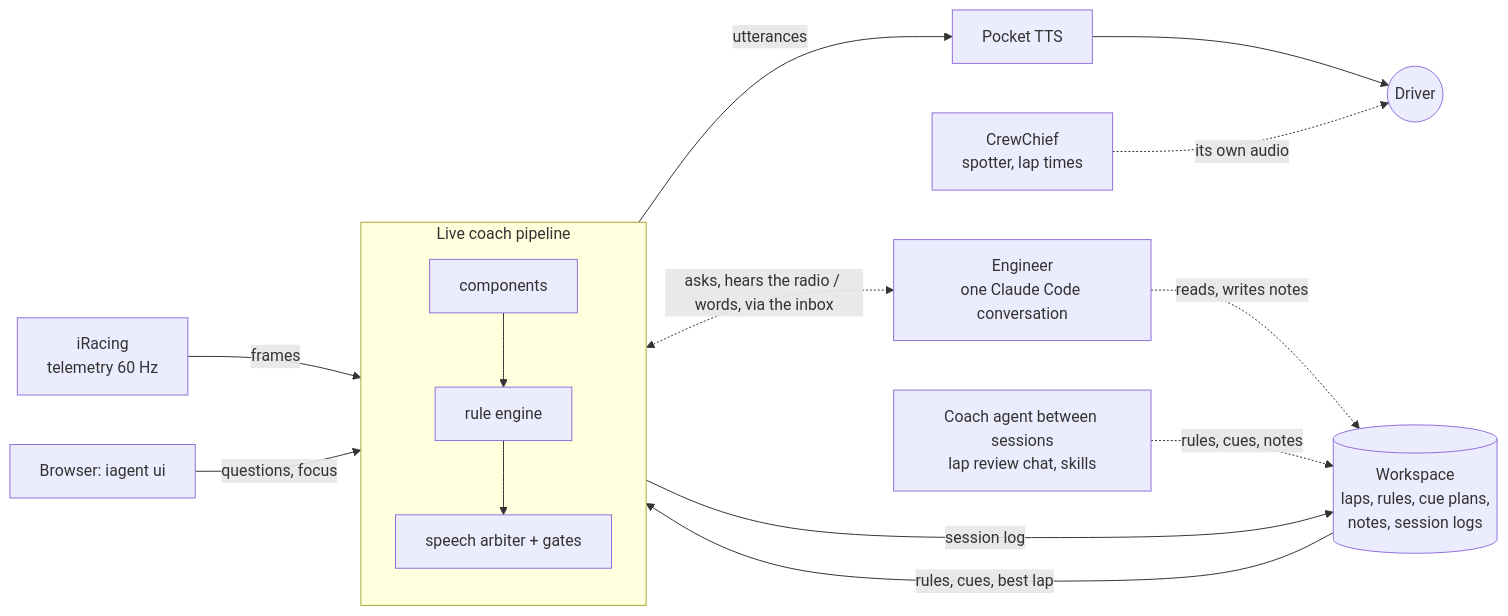
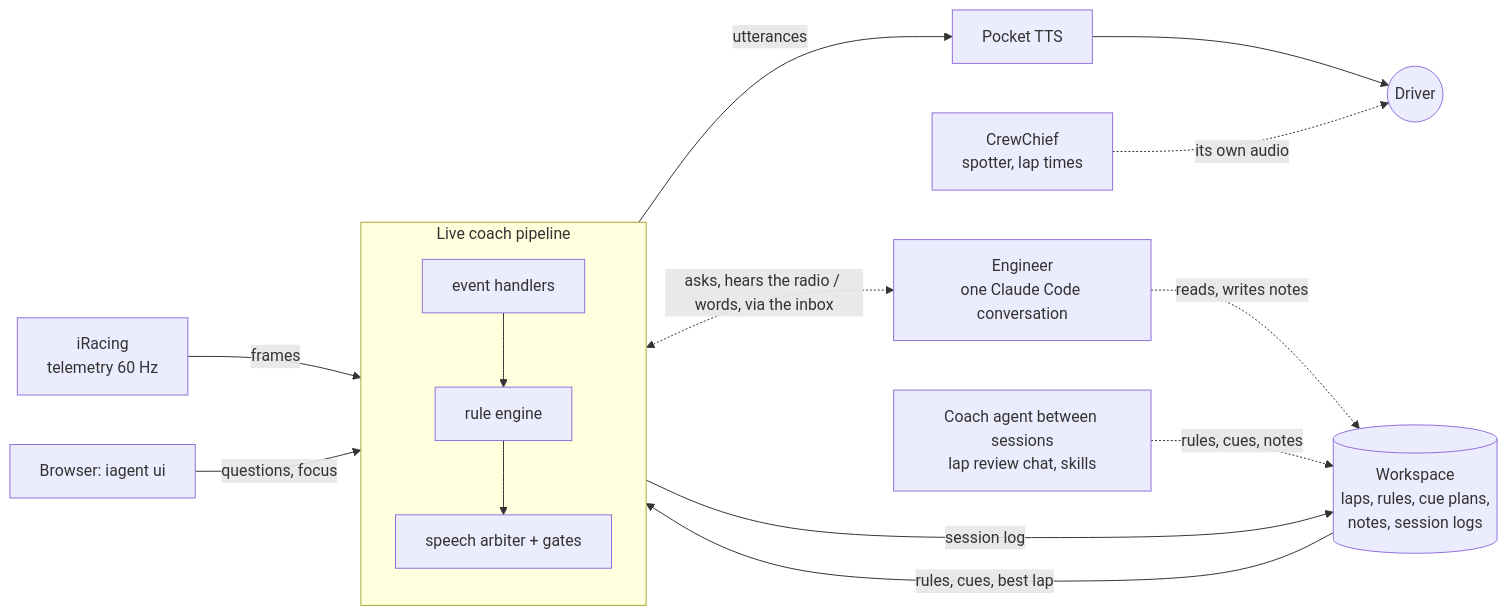
The first of 3 diagrams in ARCHITECTURE.md (VedantVarshney14/iracing-agent), drawn with Mermaid before and after one commit. The commit also changed other lines of this file and 59 other files, not shown here.

````diff
--- a/ARCHITECTURE.md
+++ b/ARCHITECTURE.md
@@ -43,16 +77,16 @@
 ```mermaid
 flowchart LR
     iracing[iRacing<br/>telemetry 60 Hz] -- frames --> pipe
     subgraph pipe [Live coach pipeline]
         direction TB
-        comps[components] --> rules[rule engine] --> arb[speech arbiter + gates]
+        comps[event handlers] --> rules[rule engine] --> arb[speech arbiter + gates]
     end
     arb -- utterances --> tts[Pocket TTS] --> driver((Driver))
     crewchief[CrewChief<br/>spotter, lap times] -. its own audio .-> driver
     pipe <-. "asks, hears the radio / words, via the inbox" .-> eng[Engineer<br/>one Claude Code conversation]
     ws[(Workspace<br/>laps, rules, cue plans,<br/>notes, session logs)] -- rules, cues, best lap --> pipe
     pipe -- session log --> ws
     eng -. reads, writes notes .-> ws
     agent[Coach agent between sessions<br/>lap review chat, skills] -. rules, cues, notes .-> ws
     ui[Browser: iagent ui] -- questions, focus --> pipe
 ```
````
